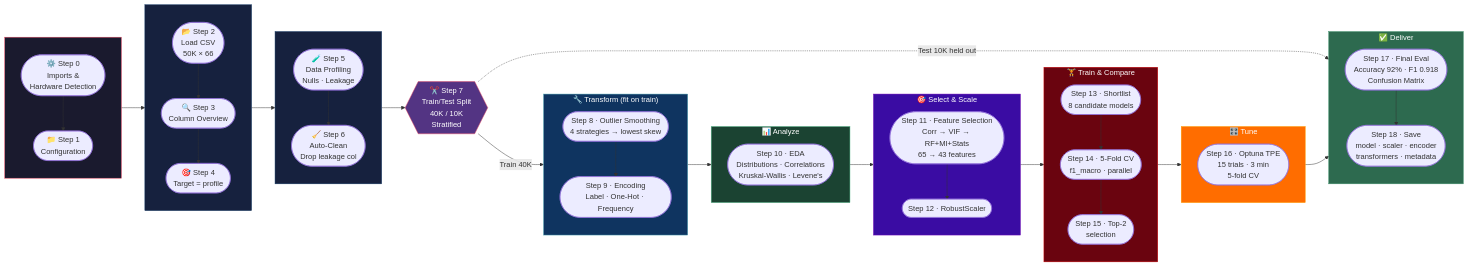
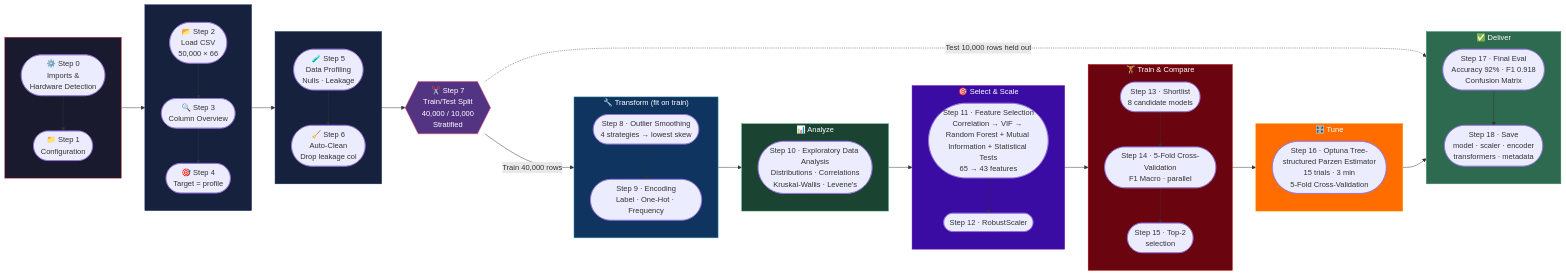
One commit to VICKYPATIL2525/Mindspace-ml-pipeline-text-to-mentel-health-class changed the first of 7 diagrams in PIPELINE_FLOW_CLEAN.md. Above: the diagram before and after it, drawn with Mermaid. The commit also changed other lines of this file, not shown here.

Commit message:
Flow update

```diff
--- a/PIPELINE_FLOW_CLEAN.md
+++ b/PIPELINE_FLOW_CLEAN.md
@@ -14,7 +14,7 @@
 
     subgraph P2[" "]
         direction TB
-        S2(["📂 Step 2\nLoad CSV\n50K × 66"])
+        S2(["📂 Step 2\nLoad CSV\n50,000 × 66"])
         S3(["🔍 Step 3\nColumn Overview"])
         S4(["🎯 Step 4\nTarget = profile"])
         S2 --> S3 --> S4
@@ -28,7 +28,7 @@
     end
 
     %% ── Phase 2: Split (the hard boundary) ──
-    S7{{"✂️ Step 7\nTrain/Test Split\n40K / 10K\nStratified"}}
+    S7{{"✂️ Step 7\nTrain/Test Split\n40,000 / 10,000\nStratified"}}
 
     %% ── Phase 3: Train-only transforms ──
     subgraph P4["🔧 Transform (fit on train)"]
@@ -39,12 +39,12 @@
     end
 
     subgraph P5["📊 Analyze"]
-        S10(["Step 10 · EDA\nDistributions · Correlations\nKruskal-Wallis · Levene's"])
+        S10(["Step 10 · Exploratory Data Analysis\nDistributions · Correlations\nKruskal-Wallis · Levene's"])
     end
 
     subgraph P6["🎯 Select & Scale"]
         direction TB
-        S11(["Step 11 · Feature Selection\nCorr → VIF → RF+MI+Stats\n65 → 43 features"])
+        S11(["Step 11 · Feature Selection\nCorrelation → VIF → Random Forest + Mutual Information + Statistical Tests\n65 → 43 features"])
         S12(["Step 12 · RobustScaler"])
         S11 --> S12
     end
@@ -53,14 +53,14 @@
     subgraph P7["🏋️ Train & Compare"]
         direction TB
         S13(["Step 13 · Shortlist\n8 candidate models"])
-        S14(["Step 14 · 5-Fold CV\nf1_macro · parallel"])
+        S14(["Step 14 · 5-Fold Cross-Validation\nF1 Macro · parallel"])
         S15(["Step 15 · Top-2\nselection"])
         S13 --> S14 --> S15
     end
 
     %% ── Phase 5: Tuning ──
     subgraph P8["🎛️ Tune"]
-        S16(["Step 16 · Optuna TPE\n15 trials · 3 min\n5-fold CV"])
+        S16(["Step 16 · Optuna Tree-structured Parzen Estimator\n15 trials · 3 min\n5-Fold Cross-Validation"])
     end
 
     %% ── Phase 6: Evaluate & Save ──
@@ -74,12 +74,12 @@
     %% ── Connections ──
     P1 --> P2 --> P3
     P3 --> S7
-    S7 -->|"Train 40K"| P4
+    S7 -->|"Train 40,000 rows"| P4
     P4 --> P5 --> P6 --> P7 --> P8
     P8 --> P9
 
     %% ── Test set bypass (no leakage) ──
-    S7 -.->|"Test 10K held out"| S17
+    S7 -.->|"Test 10,000 rows held out"| S17
 
     %% ── Styles ──
     style P1 fill:#1a1a2e,stroke:#e94560,color:#fff
```
